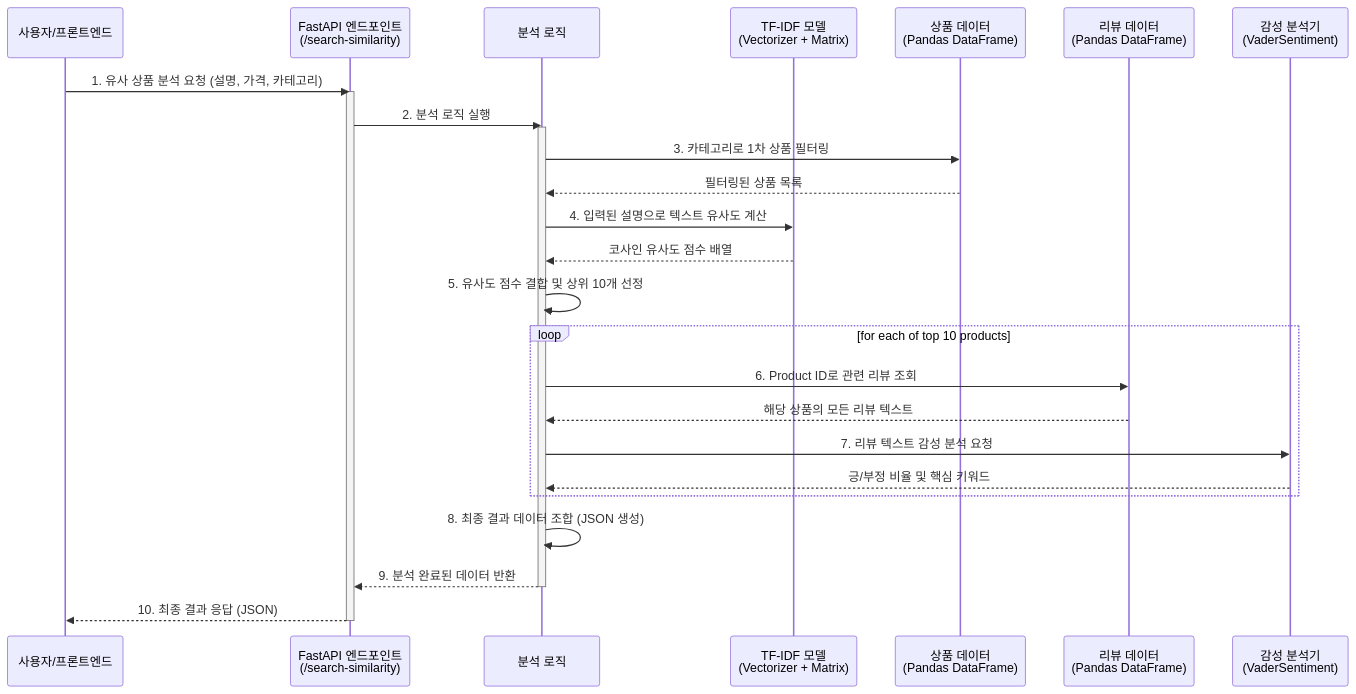
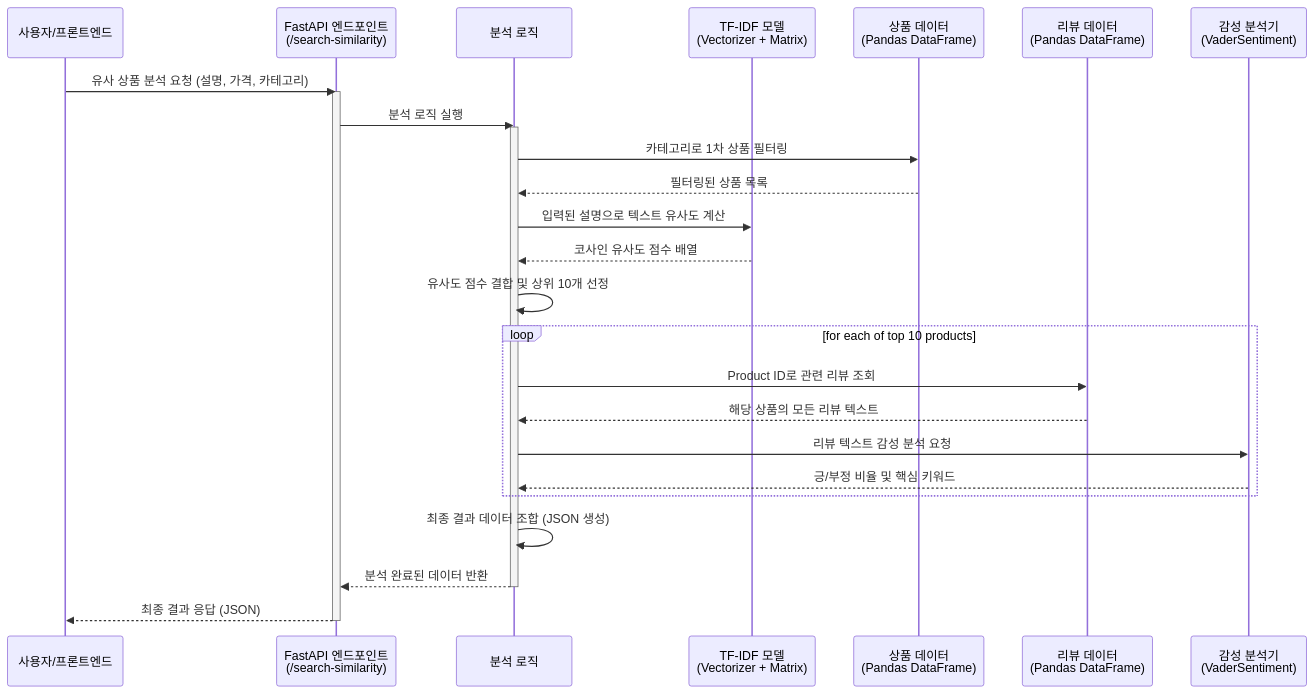
One commit to Jiyeon125/Rmazon_v0 changed the second of 2 diagrams in README.md. Above: the diagram before and after it, drawn with Mermaid. The commit also changed other lines of this file, not shown here.

Commit message:
Docs: 다이어그램 렌더링 오류 수정 (화살표 텍스트 번호 제거)

````diff
--- a/README.md
+++ b/README.md
@@ -84,38 +84,38 @@
 ```mermaid
 sequenceDiagram
     participant Client as 사용자/프론트엔드
     participant API as FastAPI 엔드포인트<br/>(/search-similarity)
     participant Engine as 분석 로직
     participant TFIDF_Model as TF-IDF 모델<br/>(Vectorizer + Matrix)
     participant df_products as 상품 데이터<br/>(Pandas DataFrame)
     participant df_reviews as 리뷰 데이터<br/>(Pandas DataFrame)
     participant Vader_Model as 감성 분석기<br/>(VaderSentiment)
 
-    Client->>API: 1. 유사 상품 분석 요청 (설명, 가격, 카테고리)
+    Client->>API: 유사 상품 분석 요청 (설명, 가격, 카테고리)
     
     activate API
-    API->>Engine: 2. 분석 로직 실행
+    API->>Engine: 분석 로직 실행
     activate Engine
     
-    Engine->>df_products: 3. 카테고리로 1차 상품 필터링
+    Engine->>df_products: 카테고리로 1차 상품 필터링
     df_products-->>Engine: 필터링된 상품 목록
     
-    Engine->>TFIDF_Model: 4. 입력된 설명으로 텍스트 유사도 계산
+    Engine->>TFIDF_Model: 입력된 설명으로 텍스트 유사도 계산
     TFIDF_Model-->>Engine: 코사인 유사도 점수 배열
     
-    Engine->>Engine: 5. 유사도 점수 결합 및 상위 10개 선정
+    Engine->>Engine: 유사도 점수 결합 및 상위 10개 선정
     
     loop for each of top 10 products
-        Engine->>df_reviews: 6. Product ID로 관련 리뷰 조회
+        Engine->>df_reviews: Product ID로 관련 리뷰 조회
         df_reviews-->>Engine: 해당 상품의 모든 리뷰 텍스트
-        Engine->>Vader_Model: 7. 리뷰 텍스트 감성 분석 요청
+        Engine->>Vader_Model: 리뷰 텍스트 감성 분석 요청
         Vader_Model-->>Engine: 긍/부정 비율 및 핵심 키워드
     end
     
-    Engine->>Engine: 8. 최종 결과 데이터 조합 (JSON 생성)
-    Engine-->>API: 9. 분석 완료된 데이터 반환
+    Engine->>Engine: 최종 결과 데이터 조합 (JSON 생성)
+    Engine-->>API: 분석 완료된 데이터 반환
     deactivate Engine
     
-    API-->>Client: 10. 최종 결과 응답 (JSON)
+    API-->>Client: 최종 결과 응답 (JSON)
     deactivate API
 ```
````
